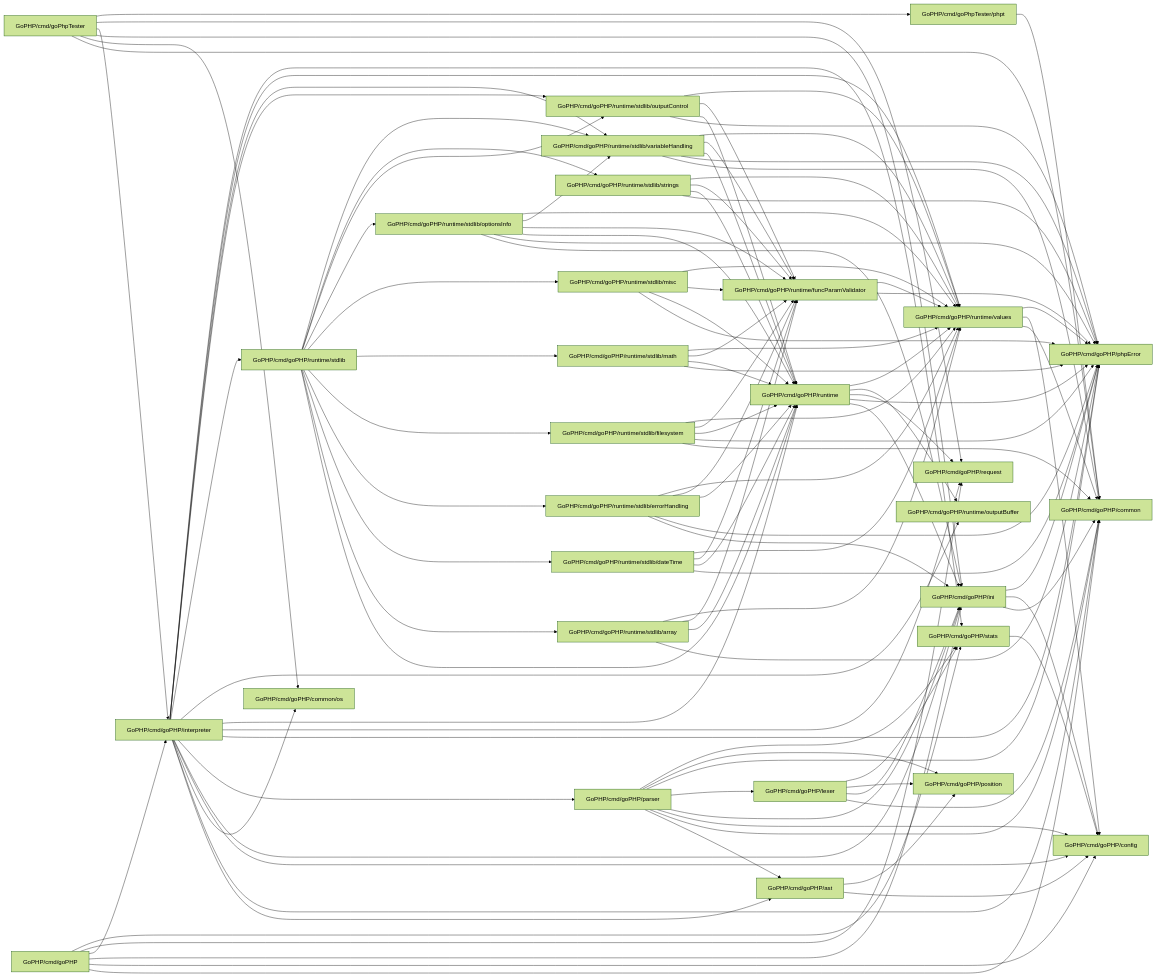
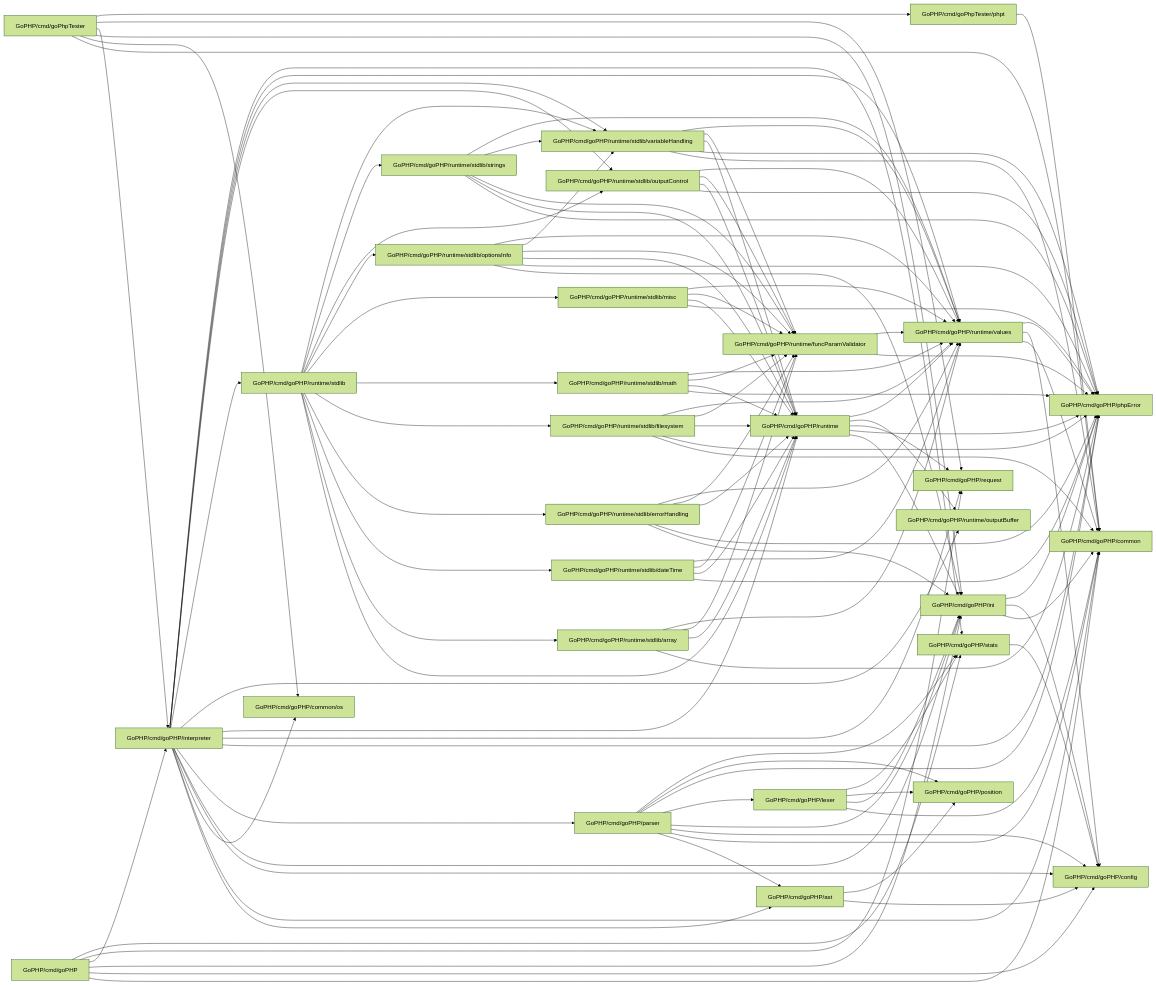
Before and after one commit to MasterZydra/QIQ: the diagram in doc/Packages.md, drawn with Mermaid (forest theme). The commit also changed 3 other files, not shown here.

```diff
--- a/doc/Packages.md
+++ b/doc/Packages.md
@@ -114,6 +114,7 @@
     GoPHP_cmd_goPHP_runtime_stdlib_strings[GoPHP/cmd/goPHP/runtime/stdlib/strings] --> GoPHP_cmd_goPHP_phpError[GoPHP/cmd/goPHP/phpError]
     GoPHP_cmd_goPHP_runtime_stdlib_strings[GoPHP/cmd/goPHP/runtime/stdlib/strings] --> GoPHP_cmd_goPHP_runtime[GoPHP/cmd/goPHP/runtime]
     GoPHP_cmd_goPHP_runtime_stdlib_strings[GoPHP/cmd/goPHP/runtime/stdlib/strings] --> GoPHP_cmd_goPHP_runtime_funcParamValidator[GoPHP/cmd/goPHP/runtime/funcParamValidator]
+    GoPHP_cmd_goPHP_runtime_stdlib_strings[GoPHP/cmd/goPHP/runtime/stdlib/strings] --> GoPHP_cmd_goPHP_runtime_stdlib_variableHandling[GoPHP/cmd/goPHP/runtime/stdlib/variableHandling]
     GoPHP_cmd_goPHP_runtime_stdlib_strings[GoPHP/cmd/goPHP/runtime/stdlib/strings] --> GoPHP_cmd_goPHP_runtime_values[GoPHP/cmd/goPHP/runtime/values]
 
     GoPHP_cmd_goPHP_runtime_stdlib_variableHandling[GoPHP/cmd/goPHP/runtime/stdlib/variableHandling] --> GoPHP_cmd_goPHP_common[GoPHP/cmd/goPHP/common]
```
